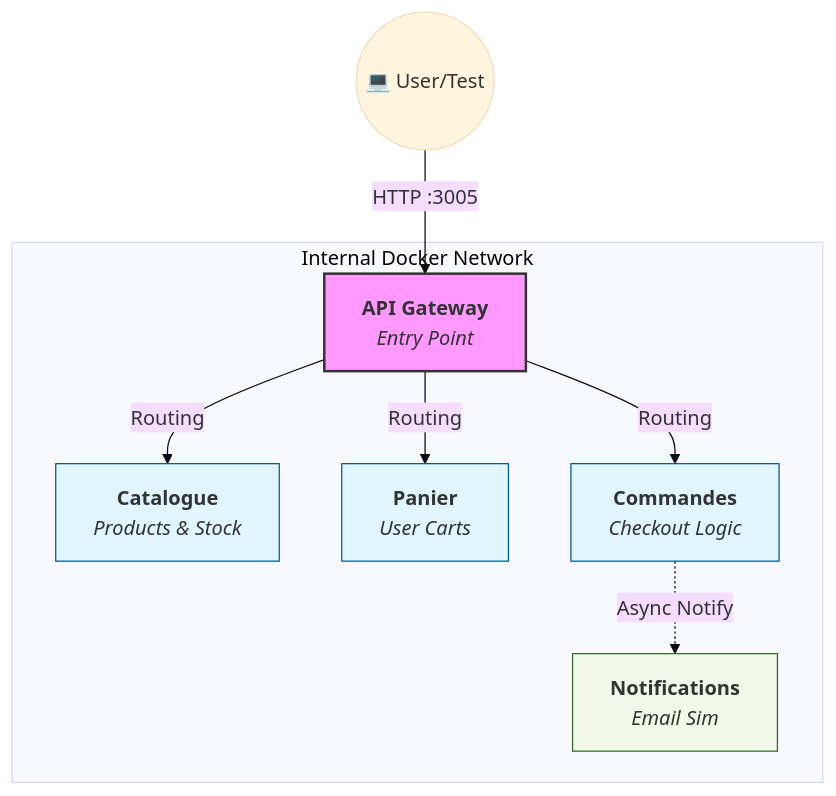
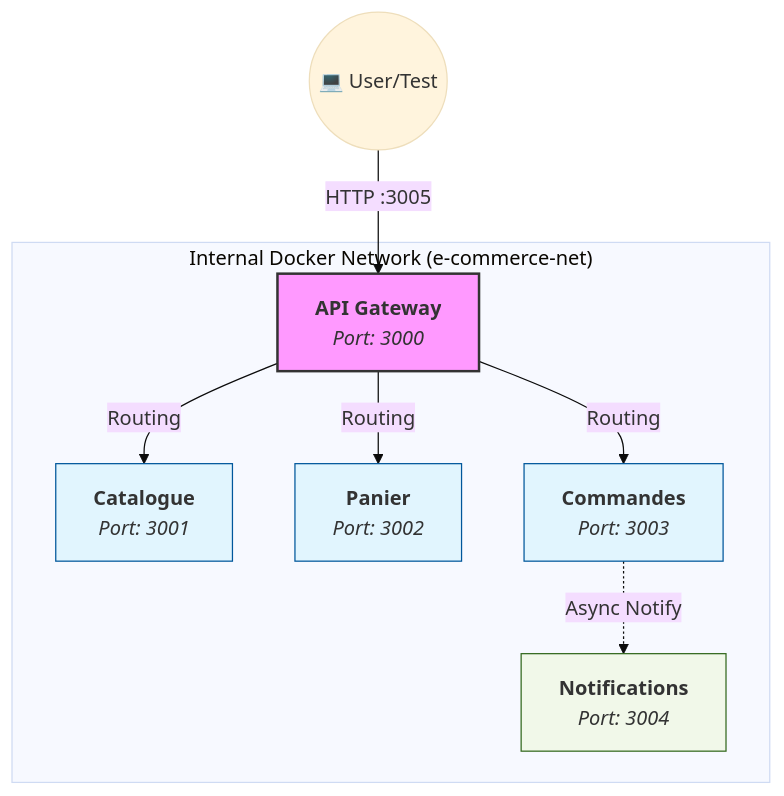
The diagram in README.md (abdallahsidibe/lab-day2), drawn with Mermaid (base theme) before and after one commit.

Commit message:
docs: specify ports in architecture diagram

````diff
--- a/README.md
+++ b/README.md
@@ -22,19 +22,19 @@
 ```mermaid
 graph TD
-    Client((💻 User/Test)) -->|HTTP :3005| Gateway[<b>API Gateway</b><br/><i>Entry Point</i>]
+    Client((💻 User/Test)) -->|HTTP :3005| Gateway[<b>API Gateway</b><br/><i>Port: 3000</i>]
     
-    subgraph "Internal Docker Network"
-        Gateway -->|Routing| Catalogue[<b>Catalogue</b><br/><i>Products & Stock</i>]
-        Gateway -->|Routing| Panier[<b>Panier</b><br/><i>User Carts</i>]
-        Gateway -->|Routing| Commandes[<b>Commandes</b><br/><i>Checkout Logic</i>]
+    subgraph "Internal Docker Network (e-commerce-net)"
+        Gateway -->|Routing| Catalogue[<b>Catalogue</b><br/><i>Port: 3001</i>]
+        Gateway -->|Routing| Panier[<b>Panier</b><br/><i>Port: 3002</i>]
+        Gateway -->|Routing| Commandes[<b>Commandes</b><br/><i>Port: 3003</i>]
         
-        Commandes -.->|Async Notify| Notifications[<b>Notifications</b><br/><i>Email Sim</i>]
+        Commandes -.->|Async Notify| Notifications[<b>Notifications</b><br/><i>Port: 3004</i>]
     end
     
     %% Styling
     style Gateway fill:#f9f,stroke:#333,stroke-width:2px
     style Catalogue fill:#e1f5fe,stroke:#01579b
     style Panier fill:#e1f5fe,stroke:#01579b
     style Commandes fill:#e1f5fe,stroke:#01579b
     style Notifications fill:#f1f8e9,stroke:#33691e
 ```
````
